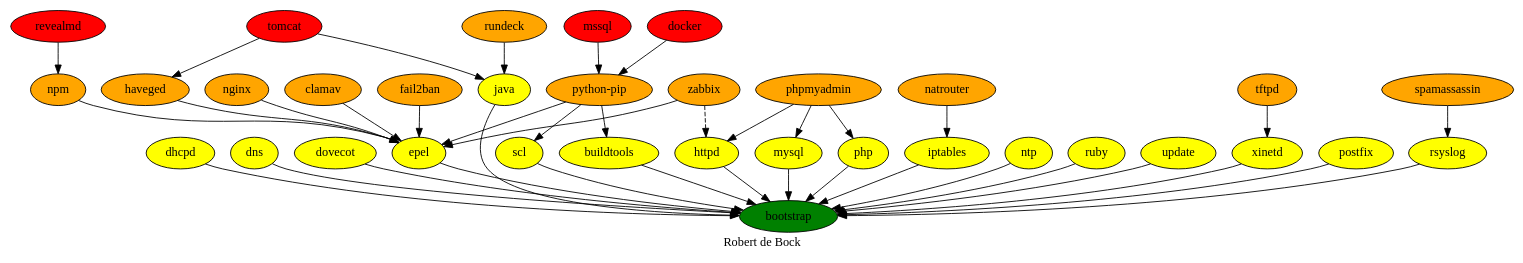
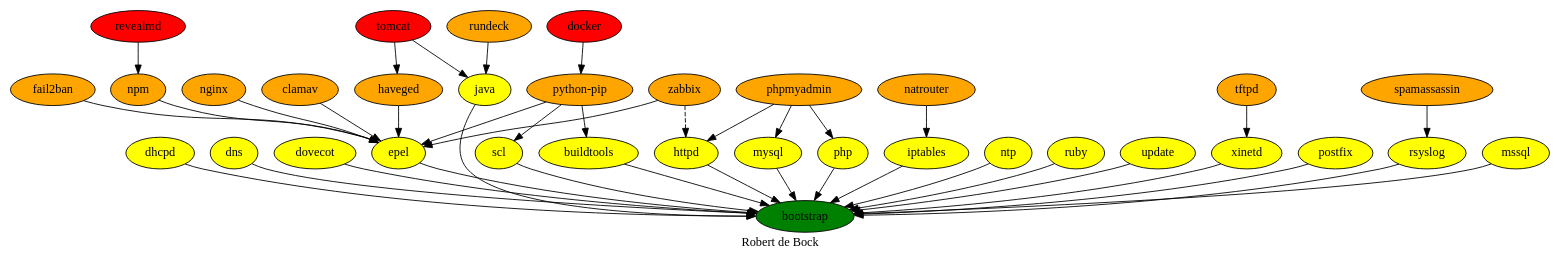
Before and after one commit to robertdebock/robertdebock.github.io: the diagram in dependencies.dot, drawn with Graphviz.

Commit message:
Update dependencies.dot
MSSql is not so dependent.

```diff
--- a/dependencies.dot
+++ b/dependencies.dot
@@ -1,52 +1,52 @@
 digraph PhiloDilemma {
   label = "Robert de Bock" ;
   overlap=false
   {
     bootstrap [fillcolor=green style=filled]
     clamav [fillcolor=orange style=filled]
     dhcpd [fillcolor=yellow style=filled]
     dns [fillcolor=yellow style=filled]
     dovecot [fillcolor=yellow style=filled]
     epel [fillcolor=yellow style=filled]
     fail2ban [fillcolor=orange style=filled]
     haveged [fillcolor=orange style=filled]
     httpd [fillcolor=yellow style=filled]
     iptables [fillcolor=yellow style=filled]
     java [fillcolor=yellow style=filled]
     ntp [fillcolor=yellow style=filled]
     ruby [fillcolor=yellow style=filled]
     scl [fillcolor=yellow style=filled]
     update [fillcolor=yellow style=filled]
     xinetd [fillcolor=yellow style=filled]
     buildtools [fillcolor=yellow style=filled]
     nginx [fillcolor=orange style=filled]
     "python-pip" [fillcolor=orange style=filled]
     postfix [fillcolor=yellow style=filled]
     rsyslog [fillcolor=yellow style=filled]
     spamassassin [fillcolor=orange style=filled]
     docker [fillcolor=red style=filled]
     mysql [fillcolor=yellow style=filled]
-    mssql [fillcolor=red style=filled]
+    mssql [fillcolor=yellow style=filled]
     npm [fillcolor=orange style=filled]
     natrouter [fillcolor=orange style=filled]
     php [fillcolor=yellow style=filled]
     phpmyadmin [fillcolor=orange style=filled]
     revealmd [fillcolor=red style=filled]
     rundeck [fillcolor=orange style=filled]
     tftpd [fillcolor=orange style=filled]
     tomcat [fillcolor=red style=filled]
     zabbix [fillcolor=orange style=filled]
   }
-  {buildtools dhcpd dns dovecot epel httpd iptables java mysql ntp php postfix rsyslog ruby scl update xinetd} -> bootstrap
+  {buildtools dhcpd dns dovecot epel httpd iptables java mysql mssql ntp php postfix rsyslog ruby scl update xinetd} -> bootstrap
   {clamav fail2ban haveged nginx npm "python-pip" zabbix} -> epel
-  {docker mssql} -> "python-pip"
+  {docker} -> "python-pip"
   revealmd -> npm
   natrouter -> iptables
   tftpd -> xinetd 
   phpmyadmin -> {php httpd mysql}
   zabbix -> httpd [style=dashed]
   "python-pip" -> {buildtools scl}
   {rundeck tomcat} -> java
   tomcat -> haveged
   spamassassin -> rsyslog
 }
```
